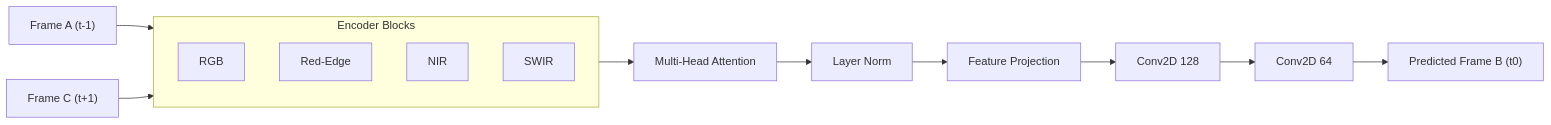
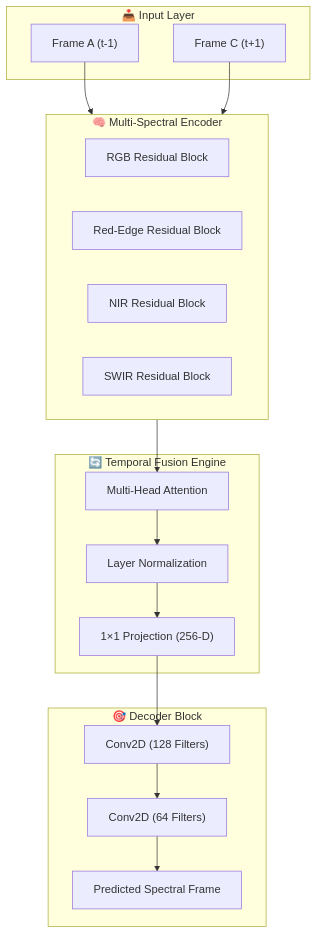
The diagram in README.md (BluePhen1x/Isobah2026), drawn with Mermaid before and after one commit.

````diff
--- a/README.md
+++ b/README.md
@@ -12,21 +12,42 @@
 ```mermaid
-flowchart LR
+flowchart TB
 
-    A["Frame A (t-1)"] --> ENC
-    C["Frame C (t+1)"] --> ENC
-
-    subgraph ENC["Encoder Blocks"]
-        B1["RGB"]
-        B2["Red-Edge"]
-        B3["NIR"]
-        B4["SWIR"]
+    %% INPUTS
+    subgraph INPUT_LAYER["📥 Input Layer"]
+        A["Frame A (t-1)"]
+        C["Frame C (t+1)"]
     end
 
-    ENC --> MHA["Multi-Head Attention"]
-    MHA --> NORM["Layer Norm"]
-    NORM --> PROJ["Feature Projection"]
+    %% ENCODER
+    subgraph ENCODER["🧠 Multi-Spectral Encoder"]
+        E1["RGB Residual Block"]
+        E2["Red-Edge Residual Block"]
+        E3["NIR Residual Block"]
+        E4["SWIR Residual Block"]
+    end
 
-    PROJ --> D1["Conv2D 128"]
-    D1 --> D2["Conv2D 64"]
-    D2 --> OUT["Predicted Frame B (t0)"]
+    %% FUSION
+    subgraph FUSION["🔄 Temporal Fusion Engine"]
+        F1["Multi-Head Attention"]
+        F2["Layer Normalization"]
+        F3["1×1 Projection (256-D)"]
+    end
+
+    %% DECODER
+    subgraph DECODER["🎯 Decoder Block"]
+        D1["Conv2D (128 Filters)"]
+        D2["Conv2D (64 Filters)"]
+        OUT["Predicted Spectral Frame"]
+    end
+
+    A --> ENCODER
+    C --> ENCODER
+
+    ENCODER --> F1
+    F1 --> F2
+    F2 --> F3
+
+    F3 --> D1
+    D1 --> D2
+    D2 --> OUT
 ```
````
